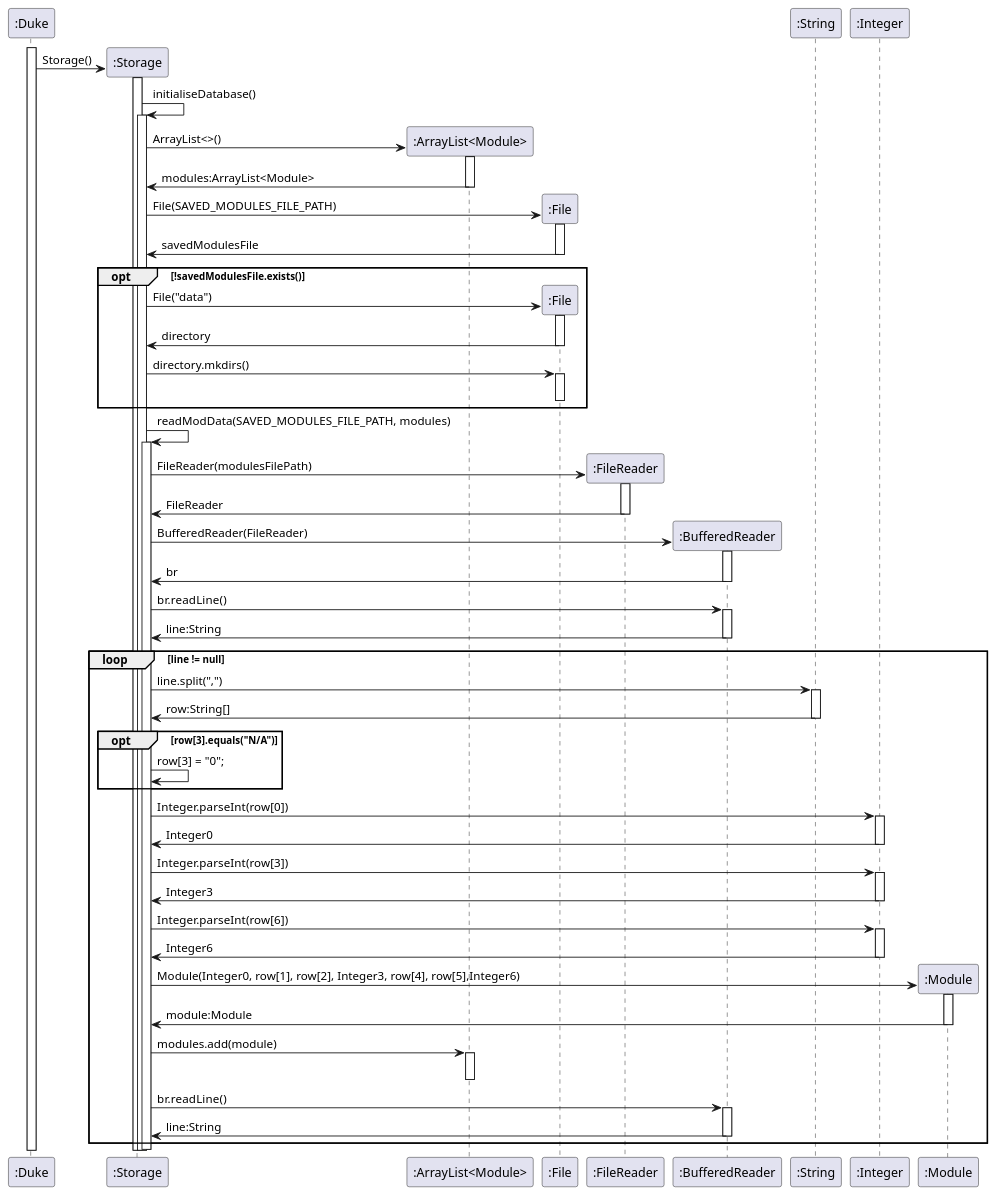
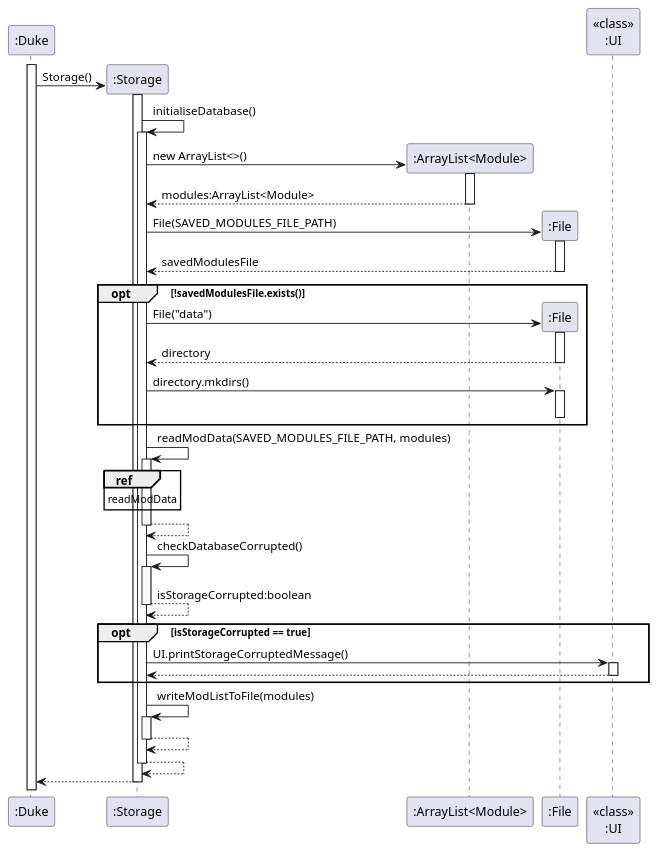
The diagram in docs/diagrams/Storage/Storage.puml (nus-cs2113-AY2223S2/tp), drawn with PlantUML before and after one commit. The commit also changed 1 other file, not shown here.

Commit message:
Change sequence diagram for Storage, using ref

```diff
--- a/docs/diagrams/Storage/Storage.puml
+++ b/docs/diagrams/Storage/Storage.puml
@@ -1,86 +1,58 @@
 @startuml
 'https://plantuml.com/sequence-diagram
 
 
 
 activate ":Duke"
 create ":Storage"
 ":Duke" -> ":Storage" : Storage()
 activate ":Storage"
 ":Storage" -> ":Storage" : initialiseDatabase()
 activate ":Storage"
 create ":ArrayList<Module>"
-":Storage" -> ":ArrayList<Module>" : ArrayList<>()
+":Storage" -> ":ArrayList<Module>" : new ArrayList<>()
 activate ":ArrayList<Module>"
-":Storage" <- ":ArrayList<Module>" : modules:ArrayList<Module>
+":Storage" <-- ":ArrayList<Module>" : modules:ArrayList<Module>
 deactivate ":ArrayList<Module>"
 create ":File"
 ":Storage" -> ":File" : File(SAVED_MODULES_FILE_PATH)
 activate ":File"
-":Storage" <- ":File" : savedModulesFile
+":Storage" <-- ":File" : savedModulesFile
 deactivate ":File"
 
 opt !savedModulesFile.exists()
 create ":File"
 ":Storage" -> ":File" : File("data")
 activate ":File"
-":Storage" <- ":File" : directory
+":Storage" <-- ":File" : directory
 deactivate ":File"
 ":Storage" -> ":File" : directory.mkdirs()
 activate ":File"
 deactivate ":File"
 end
-
 ":Storage" -> ":Storage" : readModData(SAVED_MODULES_FILE_PATH, modules)
 activate ":Storage"
-create ":FileReader"
-":Storage" -> ":FileReader" : FileReader(modulesFilePath)
-activate ":FileReader"
-":Storage" <- ":FileReader" : FileReader
-deactivate ":FileReader"
-create ":BufferedReader"
-":Storage" -> ":BufferedReader" : BufferedReader(FileReader)
-activate ":BufferedReader"
-":Storage" <- ":BufferedReader" : br
-deactivate ":BufferedReader"
-":Storage" -> ":BufferedReader" : br.readLine()
-activate ":BufferedReader"
-":Storage" <- ":BufferedReader" : line:String
-deactivate ":BufferedReader"
-loop line != null
-":Storage" -> ":String" : line.split(",")
-activate ":String"
-":Storage" <- ":String" : row:String[]
-deactivate ":String"
-opt row[3].equals("N/A")
-":Storage" -> ":Storage" : row[3] = "0";
+ref over ":Storage" : readModData
+":Storage" --> ":Storage"
+deactivate ":Storage"
+":Storage" -> ":Storage" : checkDatabaseCorrupted()
+activate ":Storage"
+":Storage" --> ":Storage" : isStorageCorrupted:boolean
+deactivate ":Storage"
+opt isStorageCorrupted == true
+":Storage" -> "<<class>>\n:UI" : UI.printStorageCorruptedMessage()
+activate "<<class>>\n:UI"
+":Storage" <-- "<<class>>\n:UI"
+deactivate "<<class>>\n:UI"
 end
-":Storage" -> ":Integer" : Integer.parseInt(row[0])
-activate ":Integer"
-":Storage" <- ":Integer" : Integer0
-deactivate ":Integer"
-":Storage" -> ":Integer" : Integer.parseInt(row[3])
-activate ":Integer"
-":Storage" <- ":Integer" : Integer3
-deactivate ":Integer"
-":Storage" -> ":Integer" : Integer.parseInt(row[6])
-activate ":Integer"
-":Storage" <- ":Integer" : Integer6
-deactivate ":Integer"
-create ":Module"
-":Storage" -> ":Module" : Module(Integer0, row[1], row[2], Integer3, row[4], row[5],Integer6)
-activate ":Module"
-":Storage" <- ":Module" : module:Module
-deactivate ":Module"
-":Storage" -> ":ArrayList<Module>" : modules.add(module)
-activate ":ArrayList<Module>"
-deactivate ":ArrayList<Module>"
-":Storage" -> ":BufferedReader" : br.readLine()
-activate ":BufferedReader"
-":Storage" <- ":BufferedReader" : line:String
-deactivate ":BufferedReader"
-end
+":Storage" -> ":Storage" : writeModListToFile(modules)
+activate ":Storage"
+":Storage" --> ":Storage"
+deactivate ":Storage"
+":Storage" --> ":Storage"
+deactivate ":Storage"
+":Storage" --> ":Duke"
 deactivate ":Storage"
 
 
 @enduml
```
